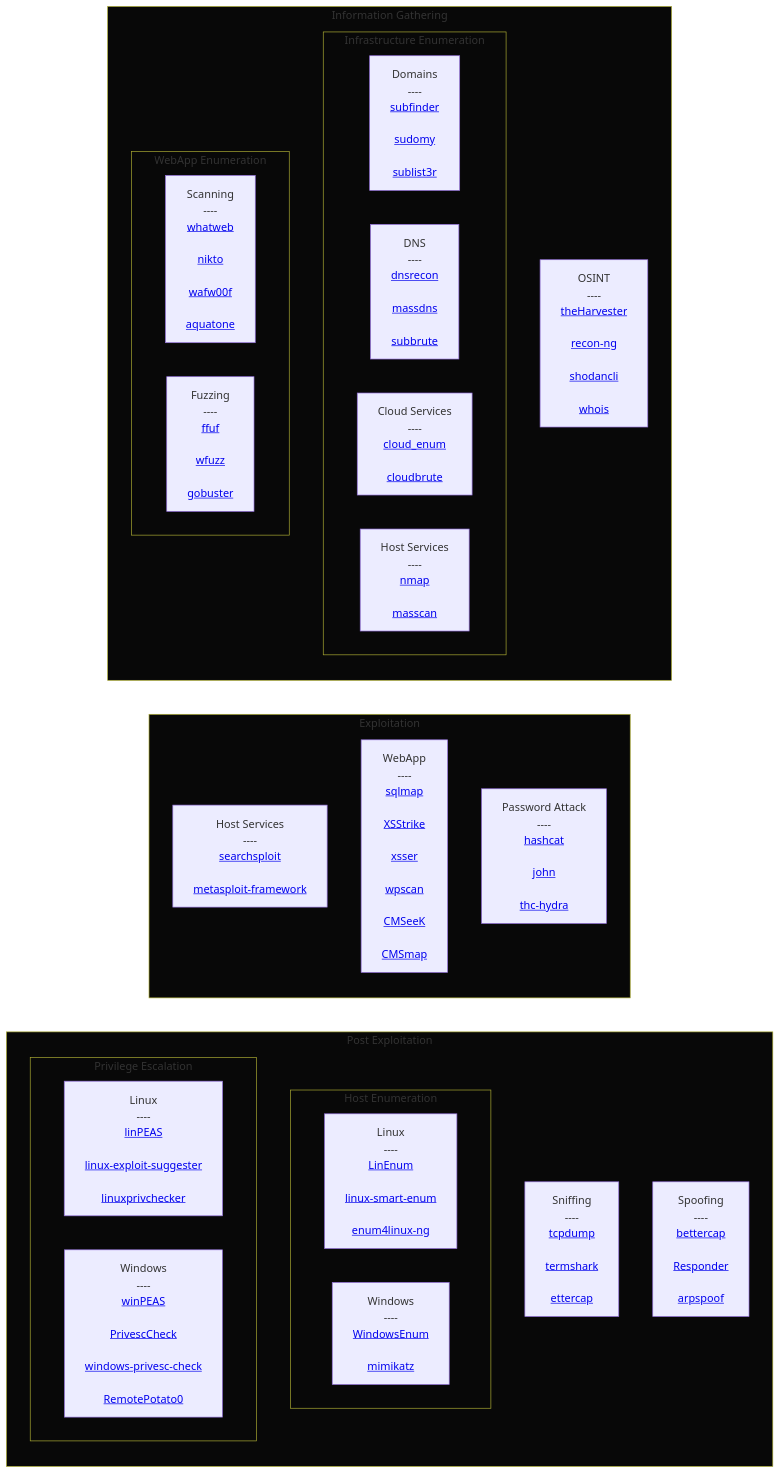
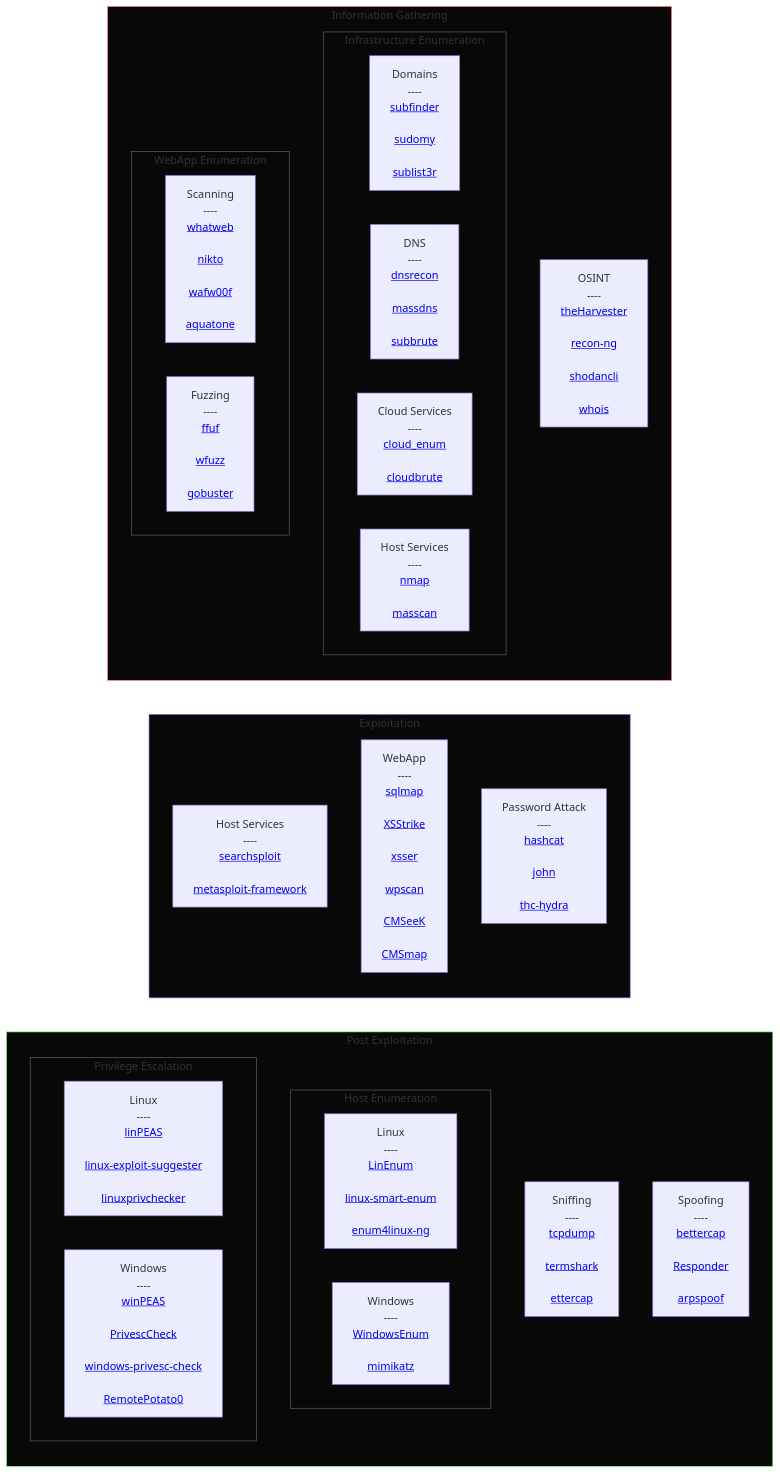
One commit to Skalyaeve/a-process changed the diagram in README.md. Above: the diagram before and after it, drawn with Mermaid.

````diff
--- a/README.md
+++ b/README.md
@@ -169,11 +169,11 @@
             ]
         end
     end
-style information-gathering fill:#080808
-style infrastructure-enumeration fill:#080808
-style webapp-enumeration fill:#080808
-style exploitation fill:#080808
-style post-exploitation fill:#080808
-style host-enumeration fill:#080808
-style privilege-escalation fill:#080808
+style information-gathering fill:#080808,stroke:#ff8080
+style infrastructure-enumeration fill:#080808,stroke:#606060
+style webapp-enumeration fill:#080808,stroke:#606060
+style exploitation fill:#080808,stroke:#8080ff
+style post-exploitation fill:#080808,stroke:#80ff80
+style host-enumeration fill:#080808,stroke:#606060
+style privilege-escalation fill:#080808,stroke:#606060
 ```
````
